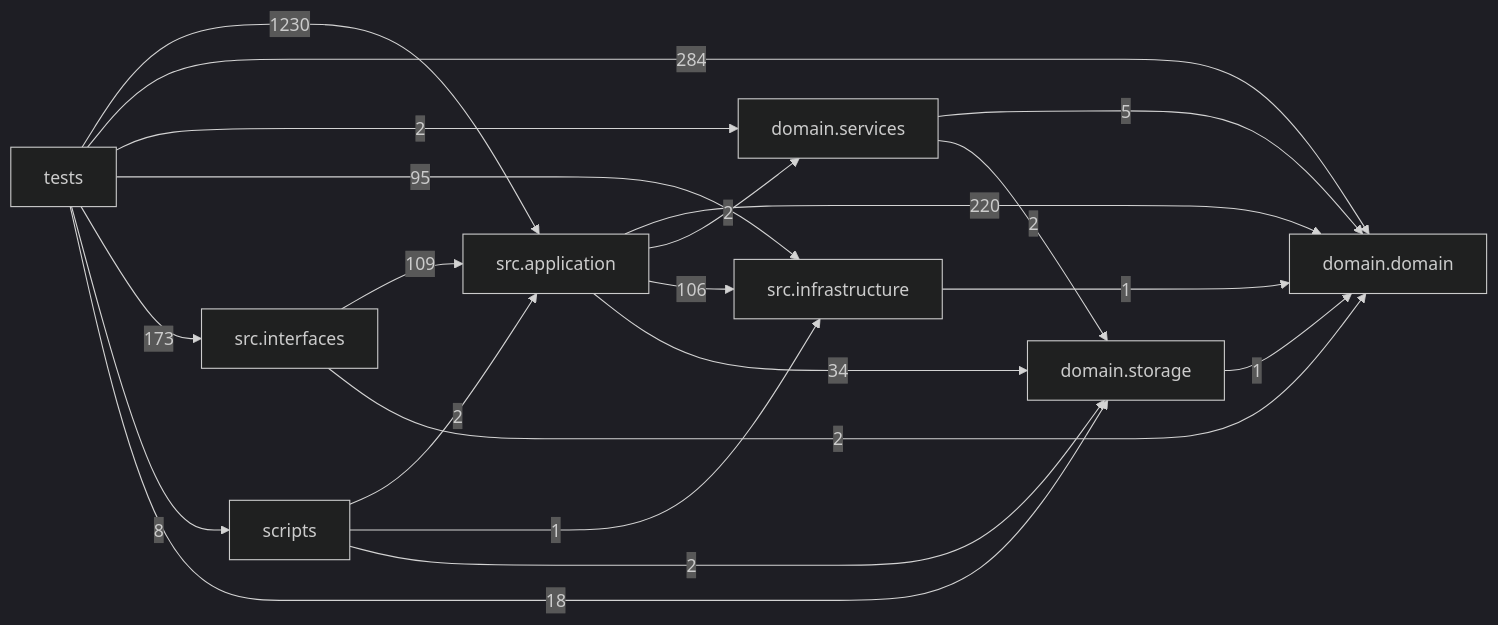
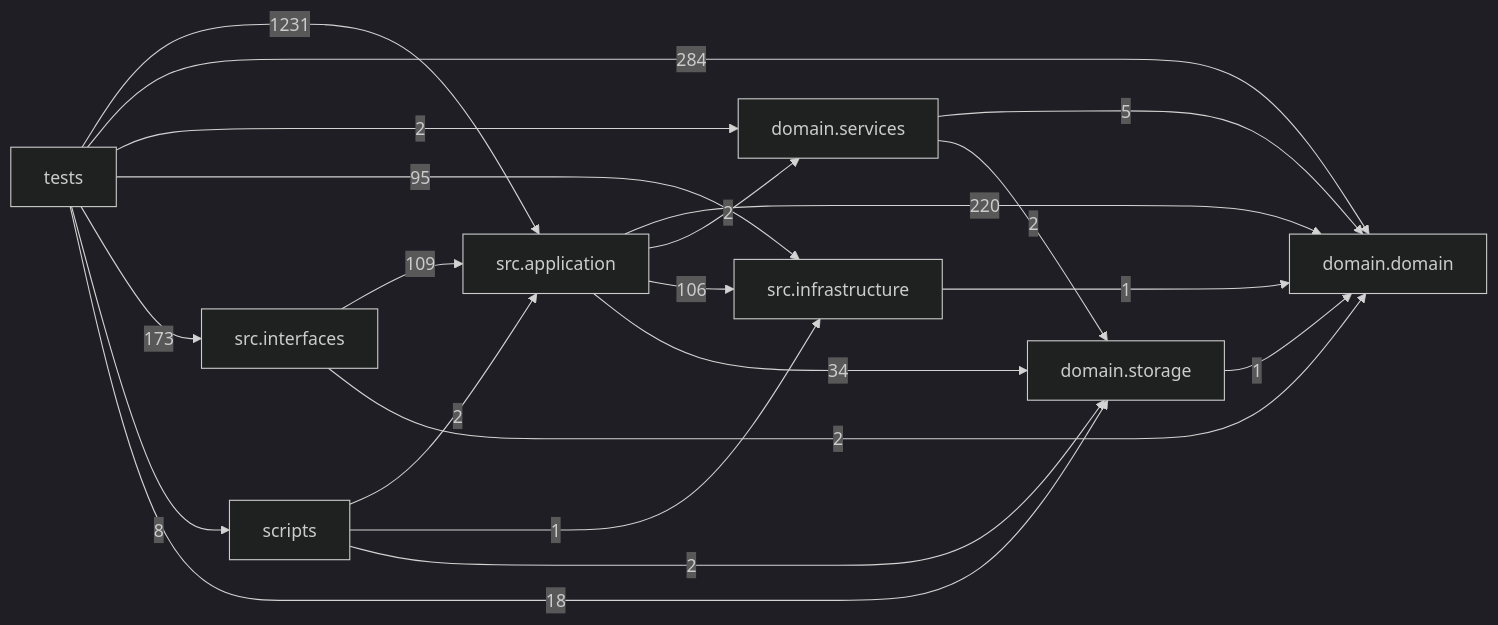
Before and after one commit to liuxie066/options-monitor: the diagram in docs/DEPENDENCY_GRAPH.md, drawn with Mermaid (dark theme). The commit also changed other lines of this file and 5 other files, not shown here.

````diff
--- a/docs/DEPENDENCY_GRAPH.md
+++ b/docs/DEPENDENCY_GRAPH.md
@@ -24,31 +24,31 @@
 ```mermaid
 flowchart LR
   tests["tests"]
   scripts["scripts"]
   interfaces["src.interfaces"]
   application["src.application"]
   infrastructure["src.infrastructure"]
   domain_services["domain.services"]
   domain["domain.domain"]
   storage["domain.storage"]
   application -->|220| domain
   application -->|2| domain_services
   application -->|106| infrastructure
   application -->|34| storage
   domain_services -->|5| domain
   domain_services -->|2| storage
   infrastructure -->|1| domain
   interfaces -->|109| application
   interfaces -->|2| domain
   scripts -->|2| application
   scripts -->|1| infrastructure
   scripts -->|2| storage
   storage -->|1| domain
-  tests -->|1230| application
+  tests -->|1231| application
   tests -->|284| domain
   tests -->|2| domain_services
   tests -->|95| infrastructure
   tests -->|173| interfaces
   tests -->|8| scripts
   tests -->|18| storage
 ```
````
